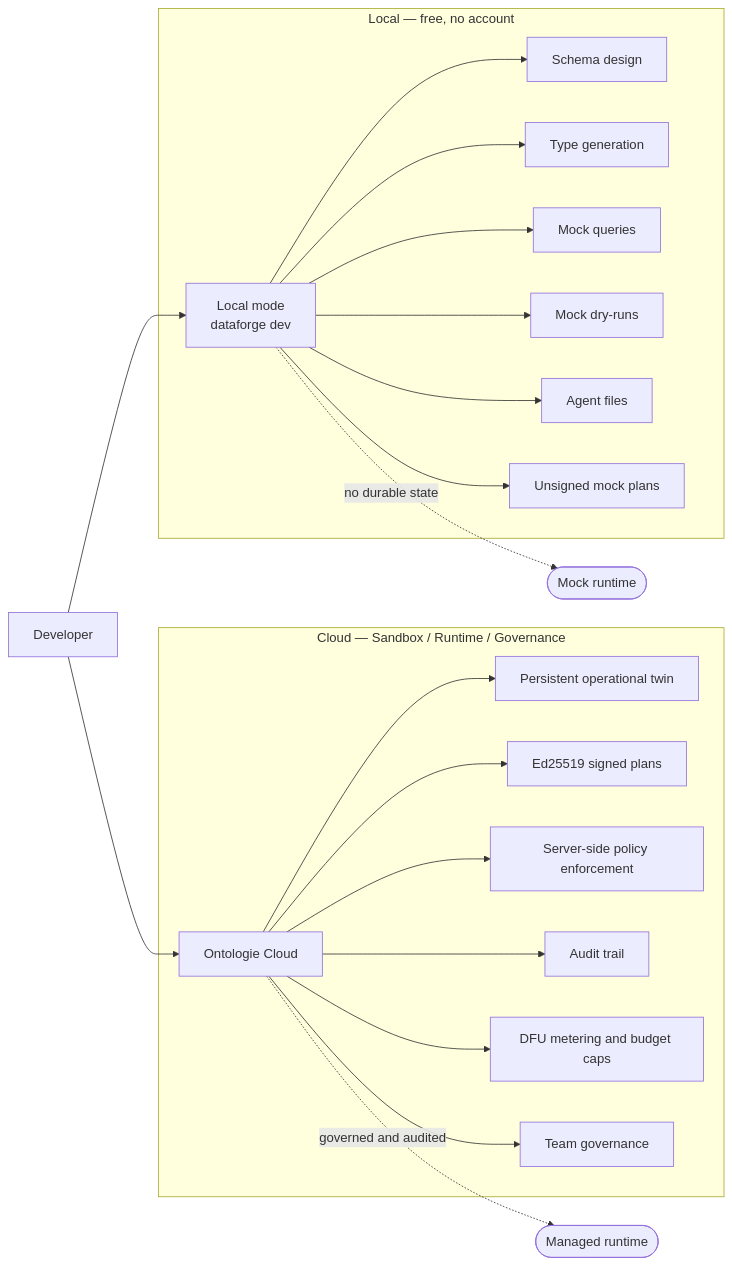
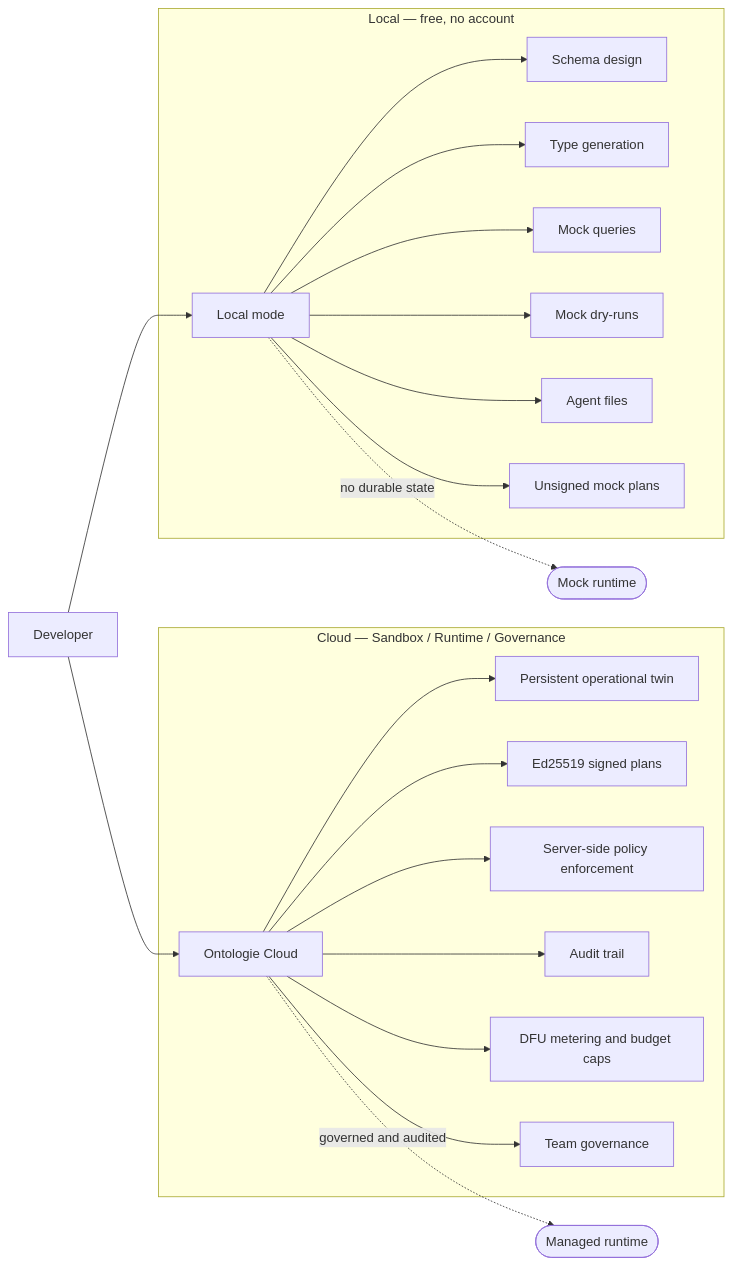
The third of 3 diagrams in README.md (growthsystemes/ontologie-docs), drawn with Mermaid before and after one commit. The commit also changed other lines of this file, not shown here.

Commit message:
docs: fix mermaid diagrams — remove unsupported HTML tags

````diff
--- a/README.md
+++ b/README.md
@@ -204,26 +204,26 @@
 ```mermaid
 flowchart LR
-  Dev["Developer"] --> Local["Local mode<br/>dataforge dev"]
+  Dev["Developer"] --> Local["Local mode"]
   Dev --> Cloud["Ontologie Cloud"]
 
   subgraph L["Local — free, no account"]
     Local --> L1["Schema design"]
     Local --> L2["Type generation"]
     Local --> L3["Mock queries"]
     Local --> L4["Mock dry-runs"]
     Local --> L5["Agent files"]
     Local --> L6["Unsigned mock plans"]
   end
 
   subgraph C["Cloud — Sandbox / Runtime / Governance"]
     Cloud --> C1["Persistent operational twin"]
     Cloud --> C2["Ed25519 signed plans"]
     Cloud --> C3["Server-side policy enforcement"]
     Cloud --> C4["Audit trail"]
     Cloud --> C5["DFU metering and budget caps"]
     Cloud --> C6["Team governance"]
   end
 
   Local -. "no durable state" .-> Mock(["Mock runtime"])
   Cloud -. "governed and audited" .-> Prod(["Managed runtime"])
 ```
````
